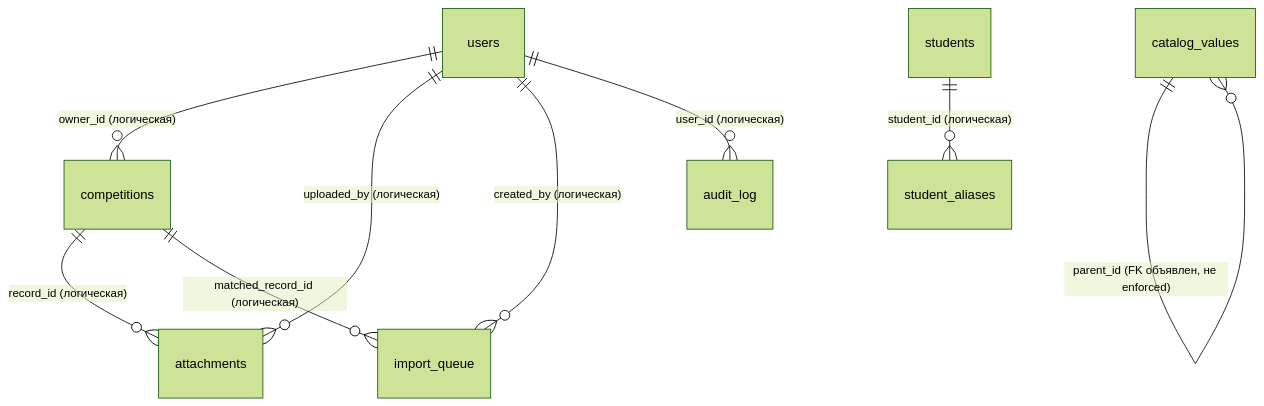
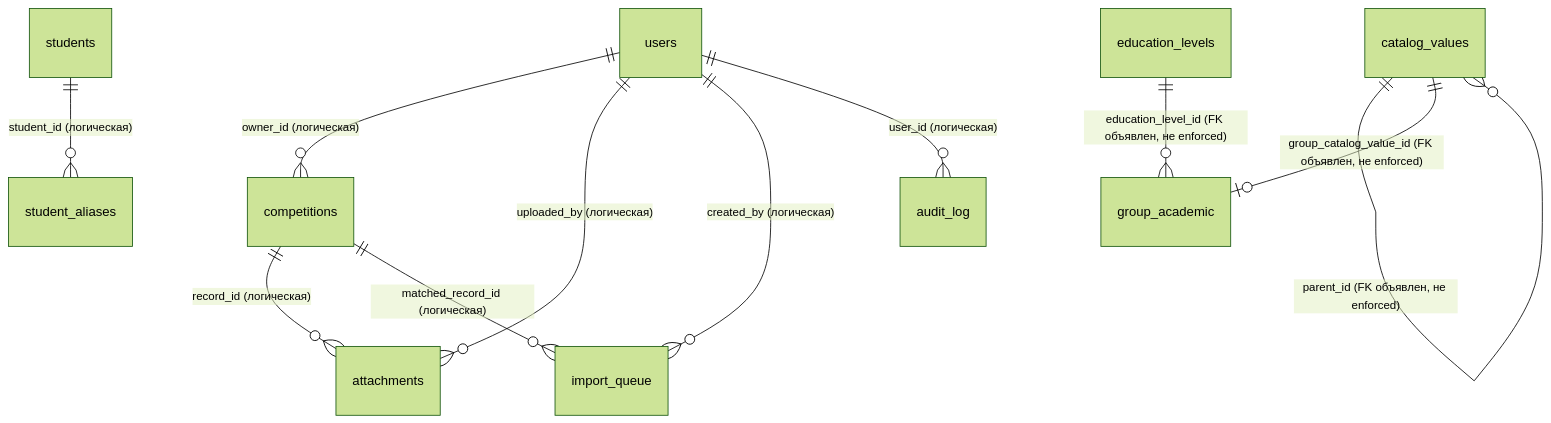
The diagram in docs/data-model.md (shifter1710/competitions), drawn with Mermaid (forest theme) before and after one commit. The commit also changed other lines of this file and 9 other files, not shown here.

````diff
--- a/docs/data-model.md
+++ b/docs/data-model.md
@@ -46,11 +48,13 @@
 ```mermaid
 erDiagram
     users ||--o{ competitions : "owner_id (логическая)"
     users ||--o{ attachments : "uploaded_by (логическая)"
     users ||--o{ import_queue : "created_by (логическая)"
     users ||--o{ audit_log : "user_id (логическая)"
     competitions ||--o{ attachments : "record_id (логическая)"
     competitions ||--o{ import_queue : "matched_record_id (логическая)"
     catalog_values ||--o{ catalog_values : "parent_id (FK объявлен, не enforced)"
     students ||--o{ student_aliases : "student_id (логическая)"
+    catalog_values ||--o| group_academic : "group_catalog_value_id (FK объявлен, не enforced)"
+    education_levels ||--o{ group_academic : "education_level_id (FK объявлен, не enforced)"
 ```
````
